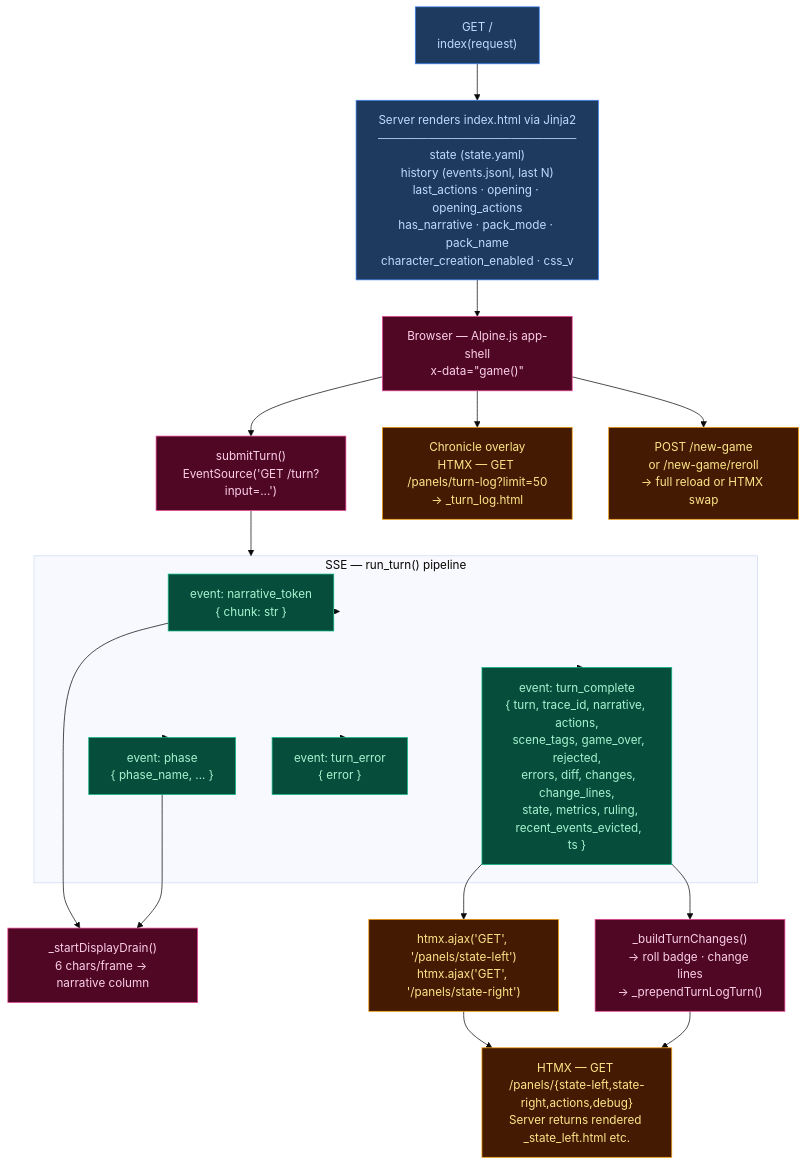
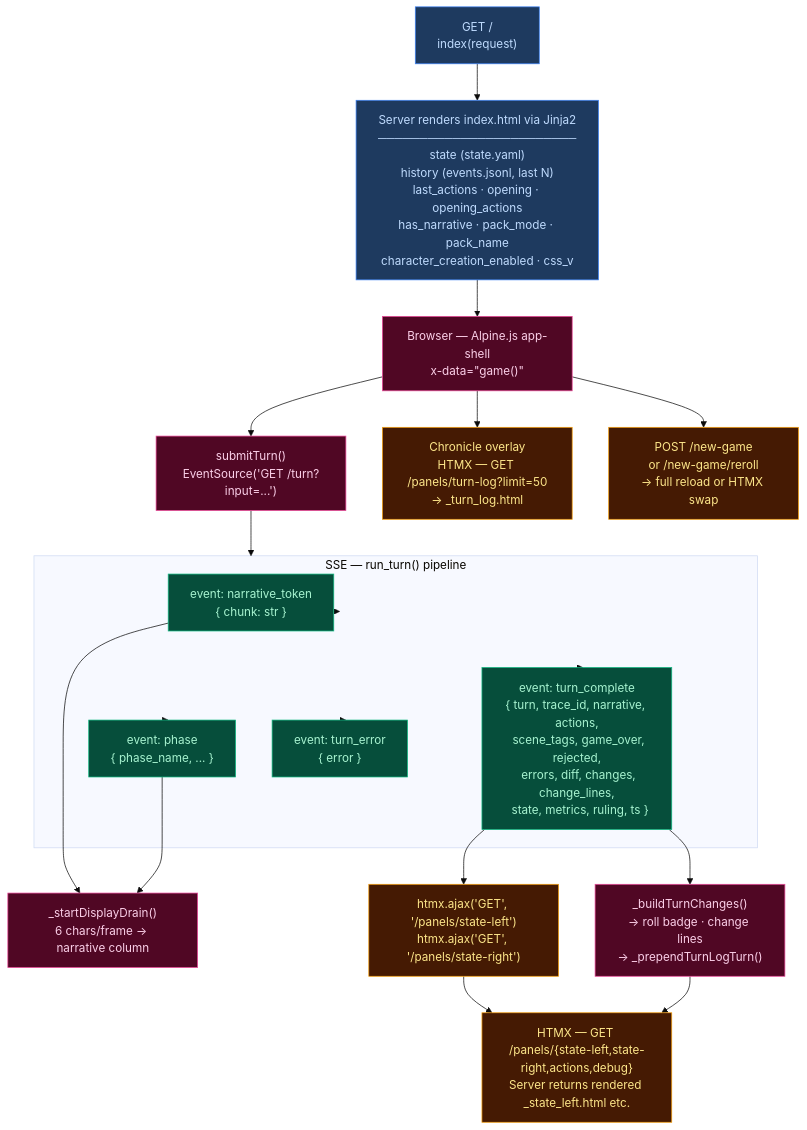
One commit to pww217/fablethread changed the diagram in docs/architecture/narration-ui.md. Above: the diagram before and after it, drawn with Mermaid (base theme). The commit also changed 8 other files, not shown here.

First line of the commit message:
Phase 5: Documentation cleanup — update all architecture docs to match Phase 0–4 production state

````diff
--- a/docs/architecture/narration-ui.md
+++ b/docs/architecture/narration-ui.md
@@ -7,46 +7,46 @@
 ```mermaid
 flowchart TD
     classDef ssr       fill:#1e3a5f,color:#bfdbfe,stroke:#3b82f6
     classDef sse       fill:#064e3b,color:#a7f3d0,stroke:#10b981
     classDef htmx      fill:#451a03,color:#fde68a,stroke:#f59e0b
     classDef alpine    fill:#500724,color:#fbcfe8,stroke:#ec4899
     classDef storage   fill:#0f172a,color:#7dd3fc,stroke:#1e40af
     classDef input     fill:#1f2937,color:#9ca3af,stroke:#4b5563
 
     REQ["GET /<br>index(request)"]:::ssr
     SSR["Server renders index.html via Jinja2<br>────────────────────────<br>state (state.yaml)<br>history (events.jsonl, last N)<br>last_actions · opening · opening_actions<br>has_narrative · pack_mode · pack_name<br>character_creation_enabled · css_v"]:::ssr
 
     UI["Browser — Alpine.js app-shell<br>x-data=&quot;game()&quot;"]:::alpine
 
     SUBMIT["submitTurn()<br>EventSource('GET /turn?input=...')"]:::alpine
 
     subgraph STREAM["SSE — run_turn() pipeline"]
         TOK["event: narrative_token<br>{ chunk: str }"]:::sse
         PHASE["event: phase<br>{ phase_name, ... }"]:::sse
-        DONE["event: turn_complete<br>{ turn, trace_id, narrative, actions,<br>  scene_tags, game_over, rejected,<br>  errors, diff, changes, change_lines,<br>  state, metrics, ruling,<br>  recent_events_evicted, ts }"]:::sse
+        DONE["event: turn_complete<br>{ turn, trace_id, narrative, actions,<br>  scene_tags, game_over, rejected,<br>  errors, diff, changes, change_lines,<br>  state, metrics, ruling, ts }"]:::sse
         ERR["event: turn_error<br>{ error }"]:::sse
     end
 
     DISPLAY["_startDisplayDrain()<br>6 chars/frame → narrative column"]:::alpine
     REFRESH["htmx.ajax('GET', '/panels/state-left')<br>htmx.ajax('GET', '/panels/state-right')"]:::htmx
     CHANGES["_buildTurnChanges()<br>→ roll badge · change lines<br>→ _prependTurnLogTurn()"]:::alpine
 
     SIDEBAR["HTMX — GET /panels/{state-left,state-right,actions,debug}<br>Server returns rendered _state_left.html etc."]:::htmx
 
     CHRON["Chronicle overlay<br>HTMX — GET /panels/turn-log?limit=50<br>→ _turn_log.html"]:::htmx
 
     NEW_GAME["POST /new-game<br>or /new-game/reroll<br>→ full reload or HTMX swap"]:::htmx
 
     REQ --> SSR --> UI
     UI --> SUBMIT
     SUBMIT --> STREAM
     STREAM --> TOK --> DISPLAY
     STREAM --> PHASE --> DISPLAY
     STREAM --> DONE --> REFRESH
     DONE --> CHANGES
     REFRESH --> SIDEBAR
     CHANGES --> SIDEBAR
     STREAM --> ERR
     UI --> CHRON
     UI --> NEW_GAME
 ```
````
